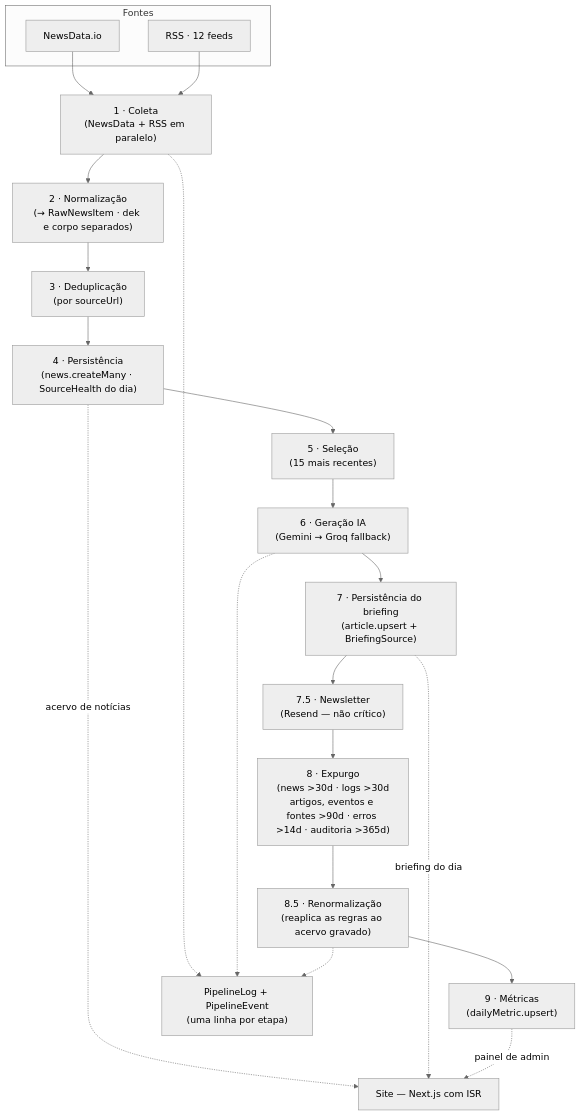
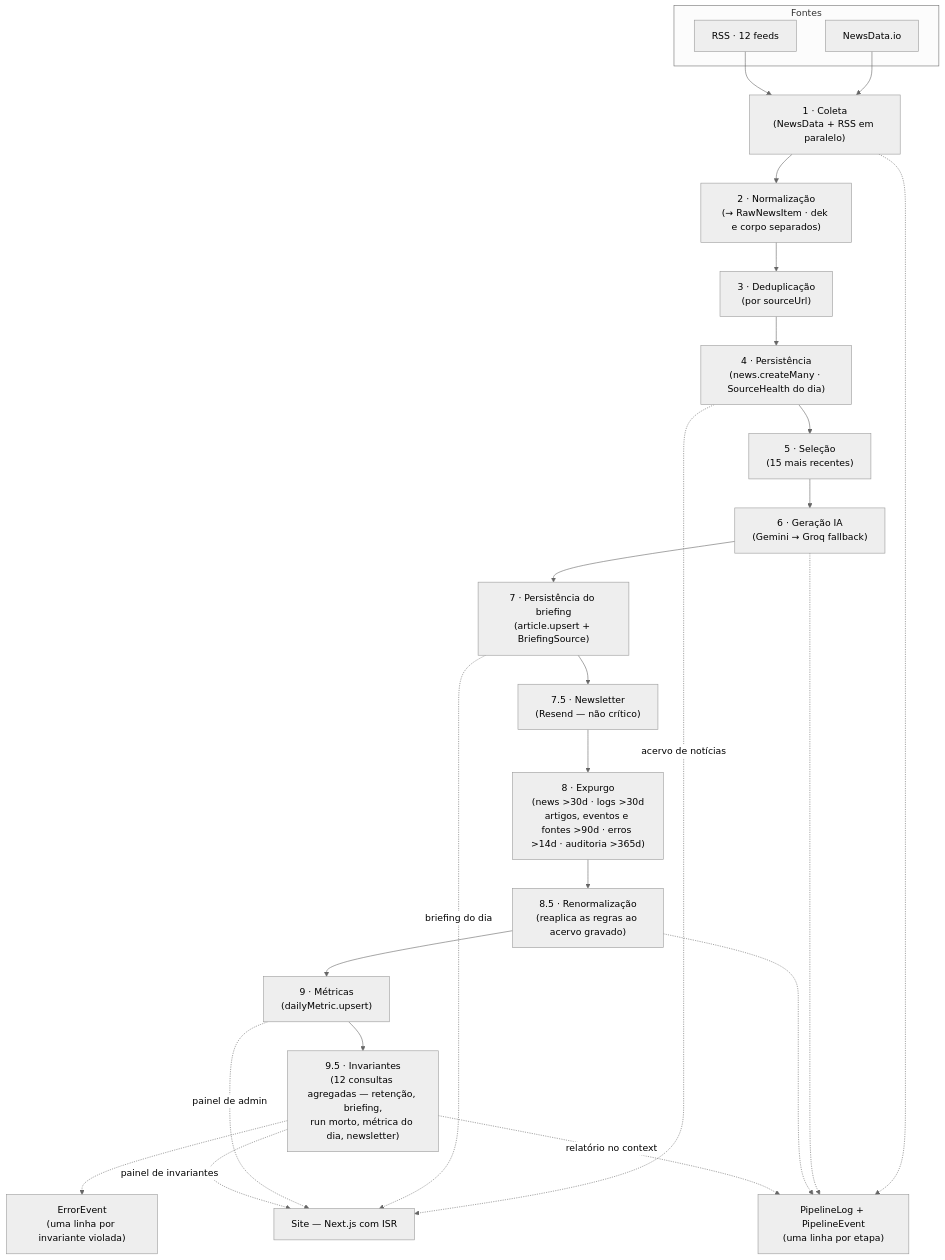
The diagram in docs/diagrams/data-flow.mermaid (tavinholoco/newra-news), drawn with Mermaid (neutral theme) before and after one commit. The commit also changed 41 other files, not shown here.

```diff
--- a/docs/diagrams/data-flow.mermaid
+++ b/docs/diagrams/data-flow.mermaid
@@ -1,36 +1,44 @@
 %% Fluxo de Dados Diário — Pipeline de Notícias (Newra News)
 %% ---
-%% Atualizado em 15/09/2026. As 11 etapas do `pipeline.service.ts`, na ordem em
+%% Atualizado em 16/09/2026. As 12 etapas do `pipeline.service.ts`, na ordem em
 %% que rodam, e o que cada uma deixa gravado. A etapa 4 grava também a
 %% SourceHealth do dia (Fase 11 do plano de observabilidade), e a 8 a expurga.
+%% A 9.5 (Fase 6) não grava tabela nenhuma: o relatório é o `context` de um
+%% PipelineEvent, e cada violação é um ErrorEvent com o id da invariante.
 flowchart TB
     subgraph Coleta["Fontes"]
         ND["NewsData.io"]
         RSS["RSS · 12 feeds"]
     end
 
     S1["1 · Coleta<br/>(NewsData + RSS em paralelo)"]
     S2["2 · Normalização<br/>(→ RawNewsItem · dek e corpo separados)"]
     S3["3 · Deduplicação<br/>(por sourceUrl)"]
     S4["4 · Persistência<br/>(news.createMany · SourceHealth do dia)"]
     S5["5 · Seleção<br/>(15 mais recentes)"]
     S6["6 · Geração IA<br/>(Gemini → Groq fallback)"]
     S7["7 · Persistência do briefing<br/>(article.upsert + BriefingSource)"]
     S75["7.5 · Newsletter<br/>(Resend — não crítico)"]
     S8["8 · Expurgo<br/>(news >30d · logs >30d<br/>artigos, eventos e fontes >90d · erros >14d · auditoria >365d)"]
     S85["8.5 · Renormalização<br/>(reaplica as regras ao acervo gravado)"]
     S9["9 · Métricas<br/>(dailyMetric.upsert)"]
+    S95["9.5 · Invariantes<br/>(12 consultas agregadas — retenção, briefing,<br/>run morto, métrica do dia, newsletter)"]
 
     ND --> S1
     RSS --> S1
-    S1 --> S2 --> S3 --> S4 --> S5 --> S6 --> S7 --> S75 --> S8 --> S85 --> S9
+    S1 --> S2 --> S3 --> S4 --> S5 --> S6 --> S7 --> S75 --> S8 --> S85 --> S9 --> S95
 
     SITE["Site — Next.js com ISR"]
     S4 -.->|"acervo de notícias"| SITE
     S7 -.->|"briefing do dia"| SITE
     S9 -.->|"painel de admin"| SITE
+    S95 -.->|"painel de invariantes"| SITE
 
     LOG["PipelineLog + PipelineEvent<br/>(uma linha por etapa)"]
     S1 -.-> LOG
     S6 -.-> LOG
     S85 -.-> LOG
+    S95 -.->|"relatório no context"| LOG
+
+    ERR["ErrorEvent<br/>(uma linha por invariante violada)"]
+    S95 -.-> ERR
```
